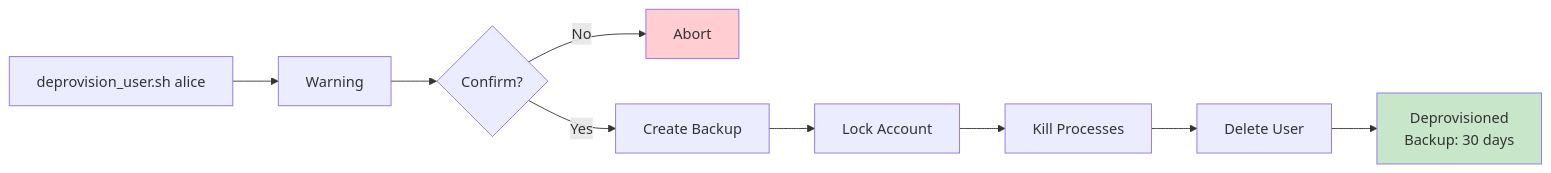
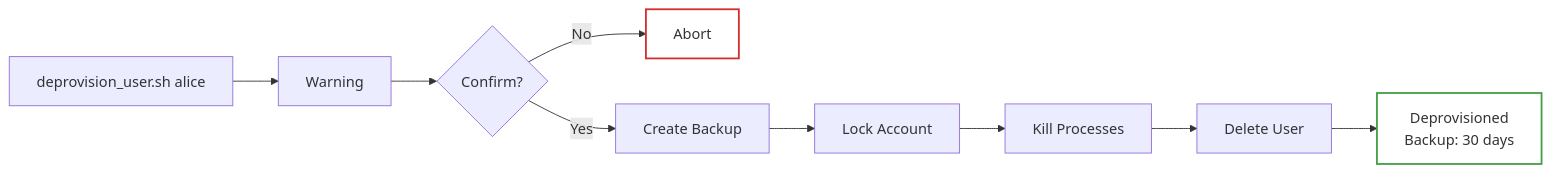
One commit to aaronwittchen/Automated-Storage-Provisioning-Tool changed the second of 5 diagrams in README.md. Above: the diagram before and after it, drawn with Mermaid. The commit also changed other lines of this file, not shown here.

````diff
--- a/README.md
+++ b/README.md
@@ -208,14 +195,14 @@
 ```mermaid
 graph LR
     A["deprovision_user.sh alice"] --> B["Warning"]
     B --> C{Confirm?}
     C -->|No| D["Abort"]
     C -->|Yes| E["Create Backup"]
     E --> F["Lock Account"]
     F --> G["Kill Processes"]
     G --> H["Delete User"]
     H --> I["Deprovisioned<br/>Backup: 30 days"]
-    
-    style I fill:#c8e6c9
-    style D fill:#ffcdd2
+   
+    style I fill:none,stroke:#43a047,stroke-width:2px
+    style D fill:none,stroke:#d32f2f,stroke-width:2px
 ```
````
